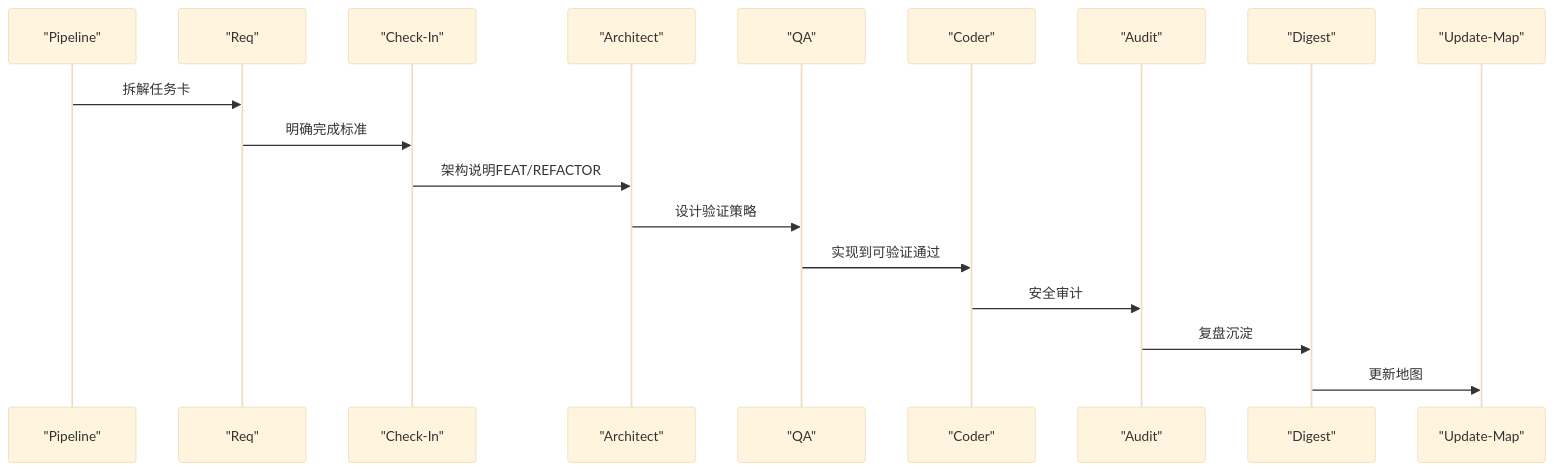
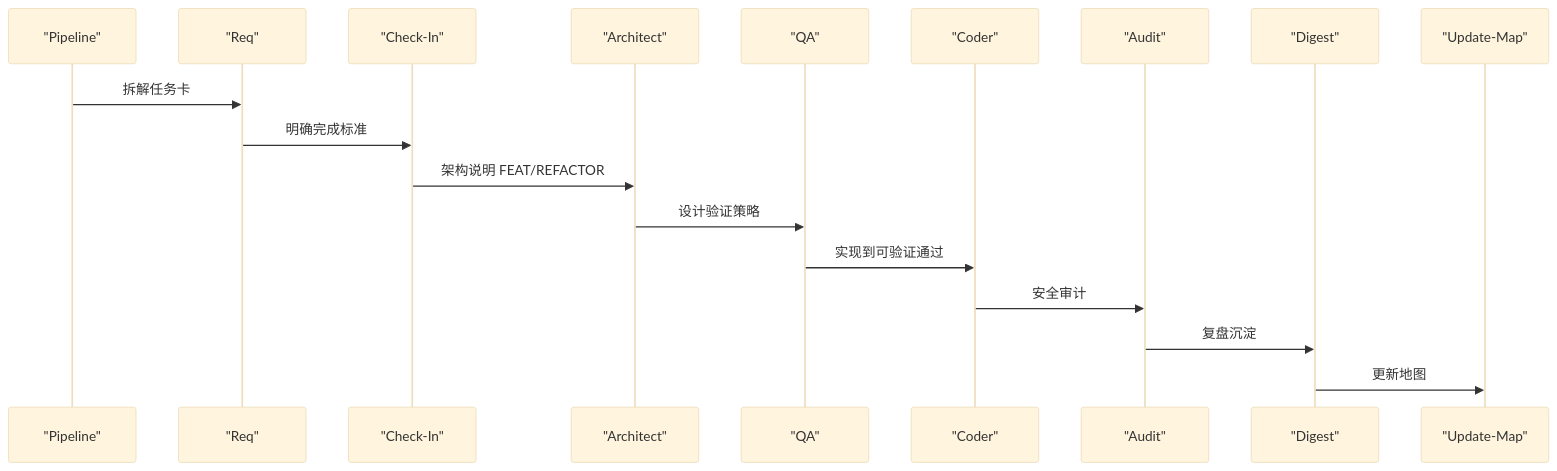
The fifth of 6 diagrams in .qoder/repowiki/zh/content/核心技能详解/核心技能详解.md (CryptoLinxu/Web3-AI-Agent), drawn with Mermaid (base theme) before and after one commit. The commit also changed other lines of this file and 15 other files, not shown here.

````diff
--- a/.qoder/repowiki/zh/content/核心技能详解/核心技能详解.md
+++ b/.qoder/repowiki/zh/content/核心技能详解/核心技能详解.md
@@ -265,20 +325,20 @@
 ```mermaid
 sequenceDiagram
 participant PL as "Pipeline"
 participant REQ as "Req"
 participant CI as "Check-In"
 participant AR as "Architect"
 participant QA as "QA"
 participant CD as "Coder"
 participant AU as "Audit"
 participant DG as "Digest"
 participant UM as "Update-Map"
 PL->>REQ : 拆解任务卡
 REQ->>CI : 明确完成标准
-CI->>AR : 架构说明FEAT/REFACTOR
+CI->>AR : 架构说明 FEAT/REFACTOR
 AR->>QA : 设计验证策略
 QA->>CD : 实现到可验证通过
 CD->>AU : 安全审计
 AU->>DG : 复盘沉淀
 DG->>UM : 更新地图
 ```
````
